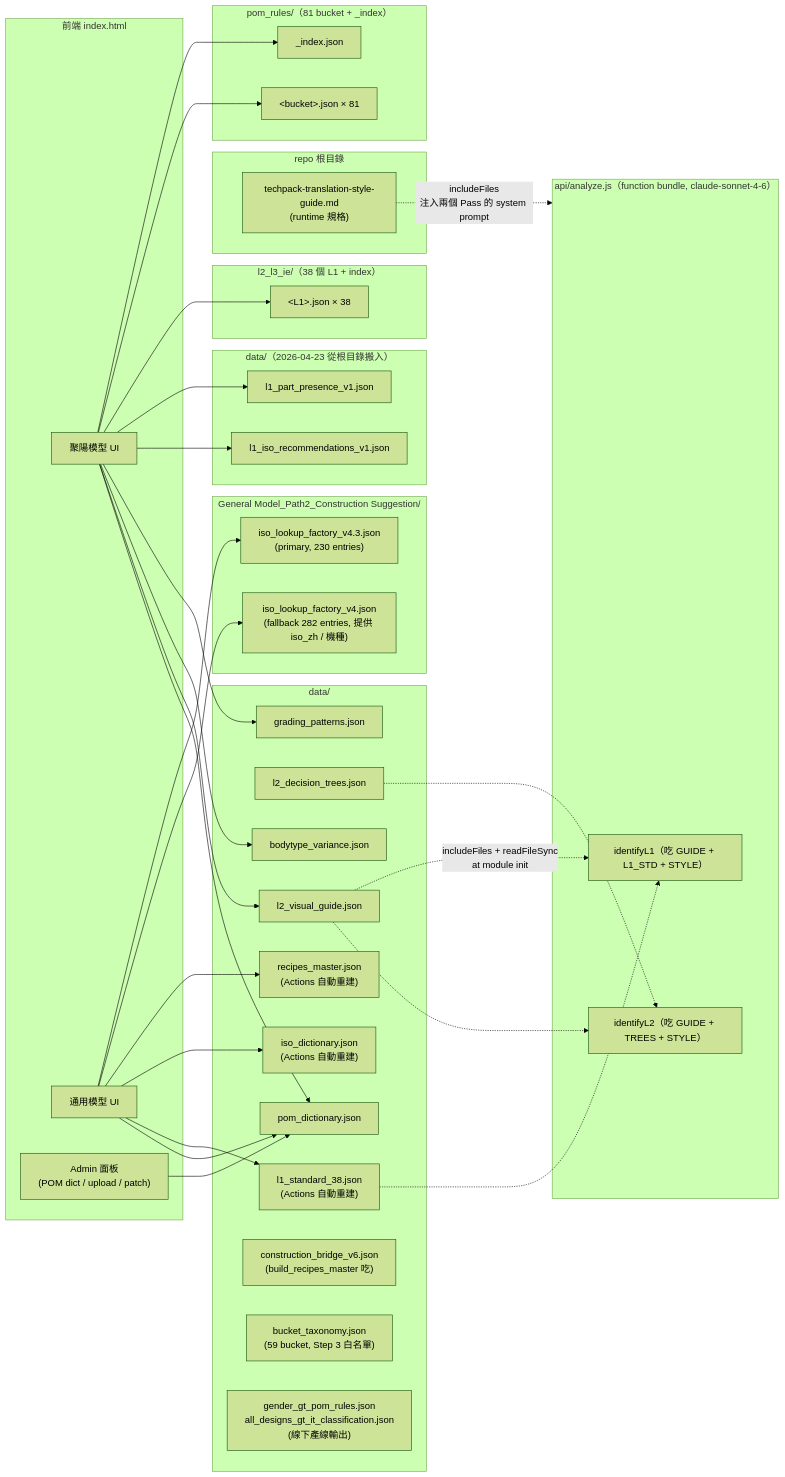
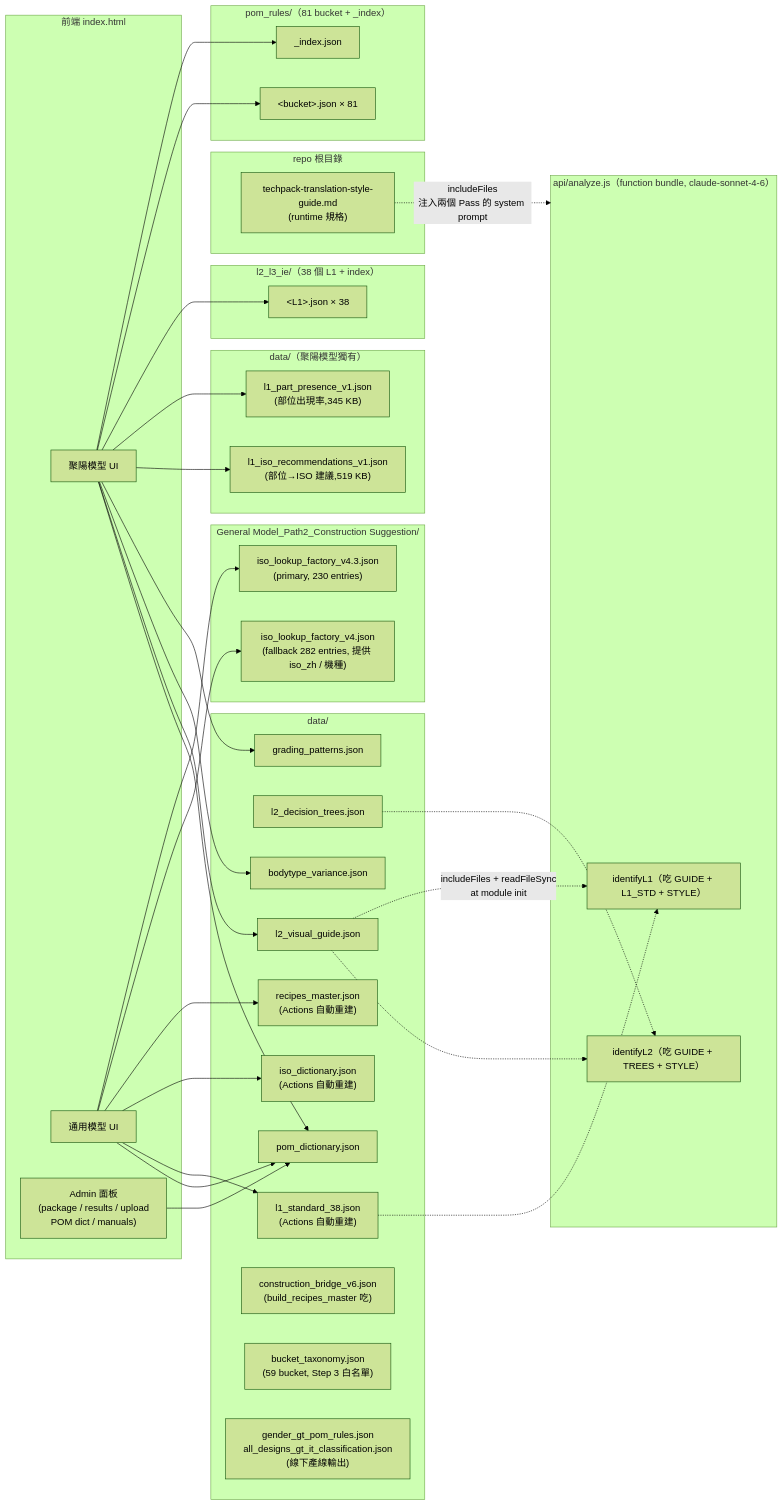
The third of 4 diagrams in 網站架構圖.md (ellyfd/stytrix-techpack), drawn with Mermaid (forest theme) before and after one commit. The commit also changed other lines of this file and 1 other file, not shown here.

````diff
--- a/網站架構圖.md
+++ b/網站架構圖.md
@@ -100,81 +100,81 @@
 ```mermaid
 flowchart LR
   subgraph Front["前端 index.html"]
     FE_make["聚陽模型 UI"]
     FE_uni["通用模型 UI"]
-    FE_admin["Admin 面板<br/>(POM dict / upload / patch)"]
+    FE_admin["Admin 面板<br/>(package / results / upload<br/>POM dict / manuals)"]
   end
 
   subgraph Fn["api/analyze.js（function bundle, claude-sonnet-4-6）"]
     FN_pass1["identifyL1（吃 GUIDE + L1_STD + STYLE）"]
     FN_pass2["identifyL2（吃 GUIDE + TREES + STYLE）"]
   end
 
   subgraph DataDir["data/"]
     D_guide["l2_visual_guide.json"]
     D_trees["l2_decision_trees.json"]
     D_grading["grading_patterns.json"]
     D_bodyvar["bodytype_variance.json"]
     D_pomdict["pom_dictionary.json"]
     D_recipes["recipes_master.json<br/>(Actions 自動重建)"]
     D_isodict["iso_dictionary.json<br/>(Actions 自動重建)"]
     D_l1std["l1_standard_38.json<br/>(Actions 自動重建)"]
     D_bridge["construction_bridge_v6.json<br/>(build_recipes_master 吃)"]
     D_taxonomy["bucket_taxonomy.json<br/>(59 bucket, Step 3 白名單)"]
     D_gender["gender_gt_pom_rules.json<br/>all_designs_gt_it_classification.json<br/>(線下產線輸出)"]
   end
 
   subgraph PomRules["pom_rules/（81 bucket + _index）"]
     P_index["_index.json"]
     P_files["&lt;bucket&gt;.json × 81"]
   end
 
   subgraph IE["l2_l3_ie/（38 個 L1 + index）"]
     IE_files["&lt;L1&gt;.json × 38"]
   end
 
   subgraph Path2["General Model_Path2_Construction Suggestion/"]
     G_v43["iso_lookup_factory_v4.3.json<br/>(primary, 230 entries)"]
     G_v4["iso_lookup_factory_v4.json<br/>(fallback 282 entries, 提供 iso_zh / 機種)"]
   end
 
   subgraph Root["repo 根目錄"]
     R_style["techpack-translation-style-guide.md<br/>(runtime 規格)"]
   end
 
-  subgraph DataL1["data/（2026-04-23 從根目錄搬入）"]
-    R_pres["l1_part_presence_v1.json"]
-    R_iso["l1_iso_recommendations_v1.json"]
+  subgraph DataL1["data/（聚陽模型獨有）"]
+    R_pres["l1_part_presence_v1.json<br/>(部位出現率,345 KB)"]
+    R_iso["l1_iso_recommendations_v1.json<br/>(部位→ISO 建議,519 KB)"]
   end
 
   %% function bundle (compile-time include)
   D_guide -. "includeFiles + readFileSync<br/>at module init" .-> FN_pass1
   D_l1std -.-> FN_pass1
   D_guide -.-> FN_pass2
   D_trees -.-> FN_pass2
   R_style -. "includeFiles<br/>注入兩個 Pass 的 system prompt" .-> Fn
 
   %% 聚陽模型 runtime fetch
   FE_make --> P_index
   FE_make --> P_files
   FE_make --> IE_files
   FE_make --> R_pres
   FE_make --> R_iso
   FE_make --> D_grading
   FE_make --> D_bodyvar
   FE_make --> D_guide
 
   %% 通用模型 runtime fetch
   FE_uni --> G_v43
   FE_uni --> G_v4
   FE_uni --> D_recipes
   FE_uni --> D_isodict
   FE_uni --> D_l1std
 
   %% 共用
   FE_make --> D_pomdict
   FE_uni --> D_pomdict
 
   %% admin
   FE_admin --> D_pomdict
 ```
````
